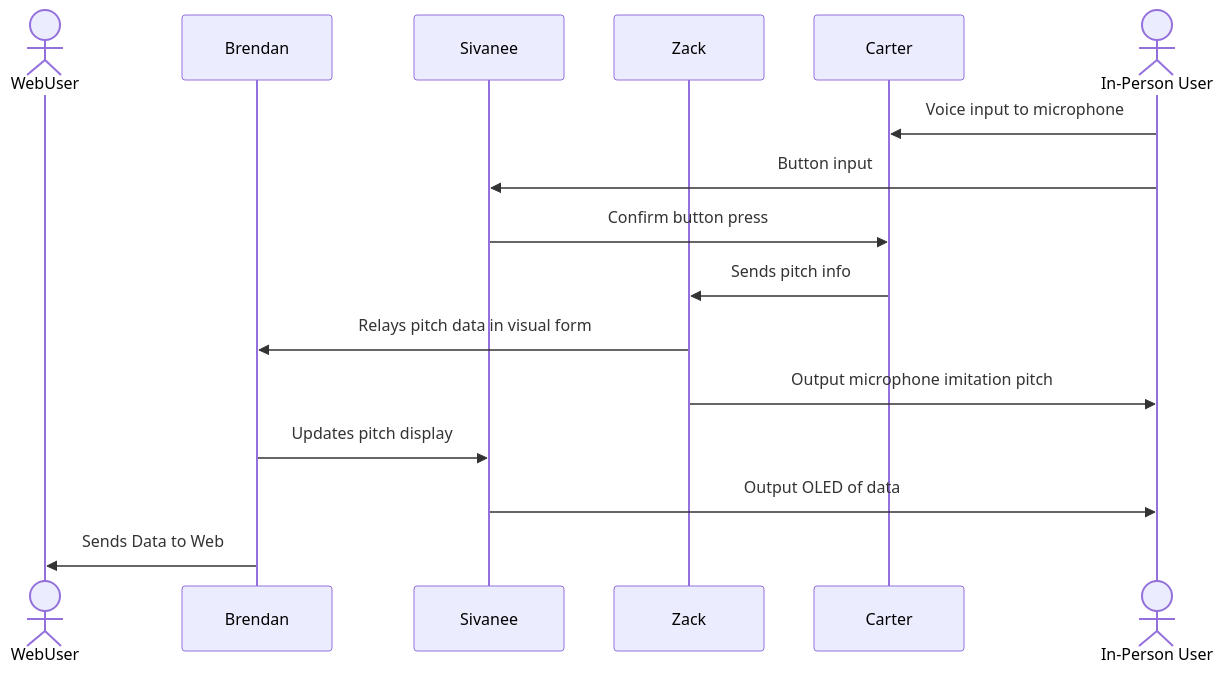
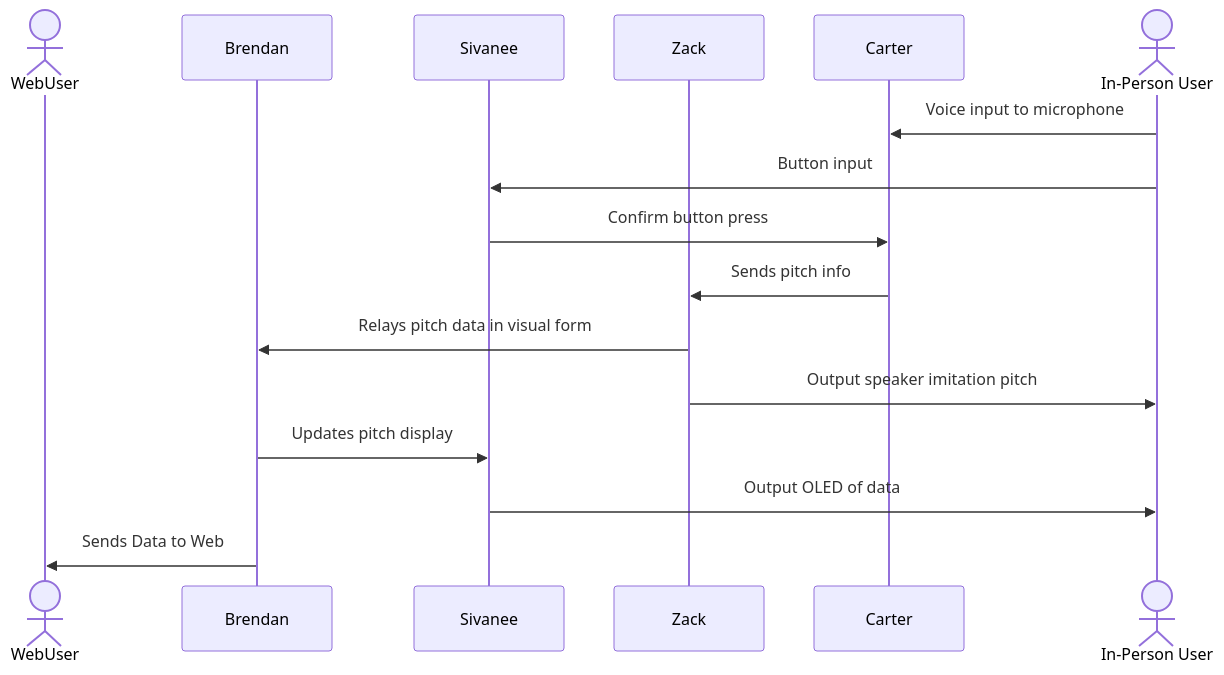
Before and after one commit to EGR314-2025-S-203/Team203.github.io: the diagram in docs/Communication_Process.md, drawn with Mermaid.

Commit message:
typo fix

````diff
--- a/docs/Communication_Process.md
+++ b/docs/Communication_Process.md
@@ -6,20 +6,20 @@
 ```mermaid
 
 sequenceDiagram
     actor W as WebUser
     participant Brendan
     participant Sivanee
     participant Zack
     participant Carter
   actor I as In-Person User
     
     I->>Carter: Voice input to microphone
     I->>Sivanee: Button input
     Sivanee->>Carter: Confirm button press
     Carter->>Zack: Sends pitch info
     Zack->>Brendan: Relays pitch data in visual form
-    Zack->>I: Output microphone imitation pitch
+    Zack->>I: Output speaker imitation pitch
     Brendan->>Sivanee: Updates pitch display
     Sivanee->>I: Output OLED of data 
 Brendan ->> W: Sends Data to Web
 ``` 
````
